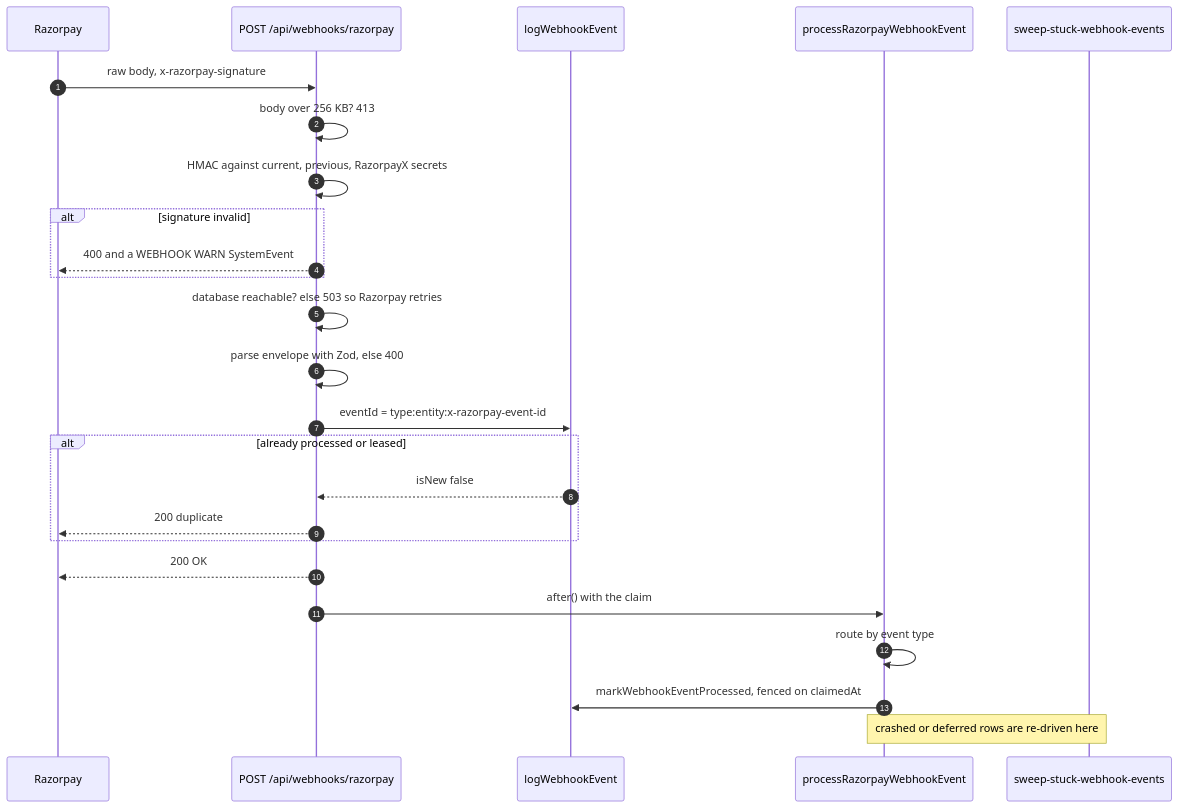
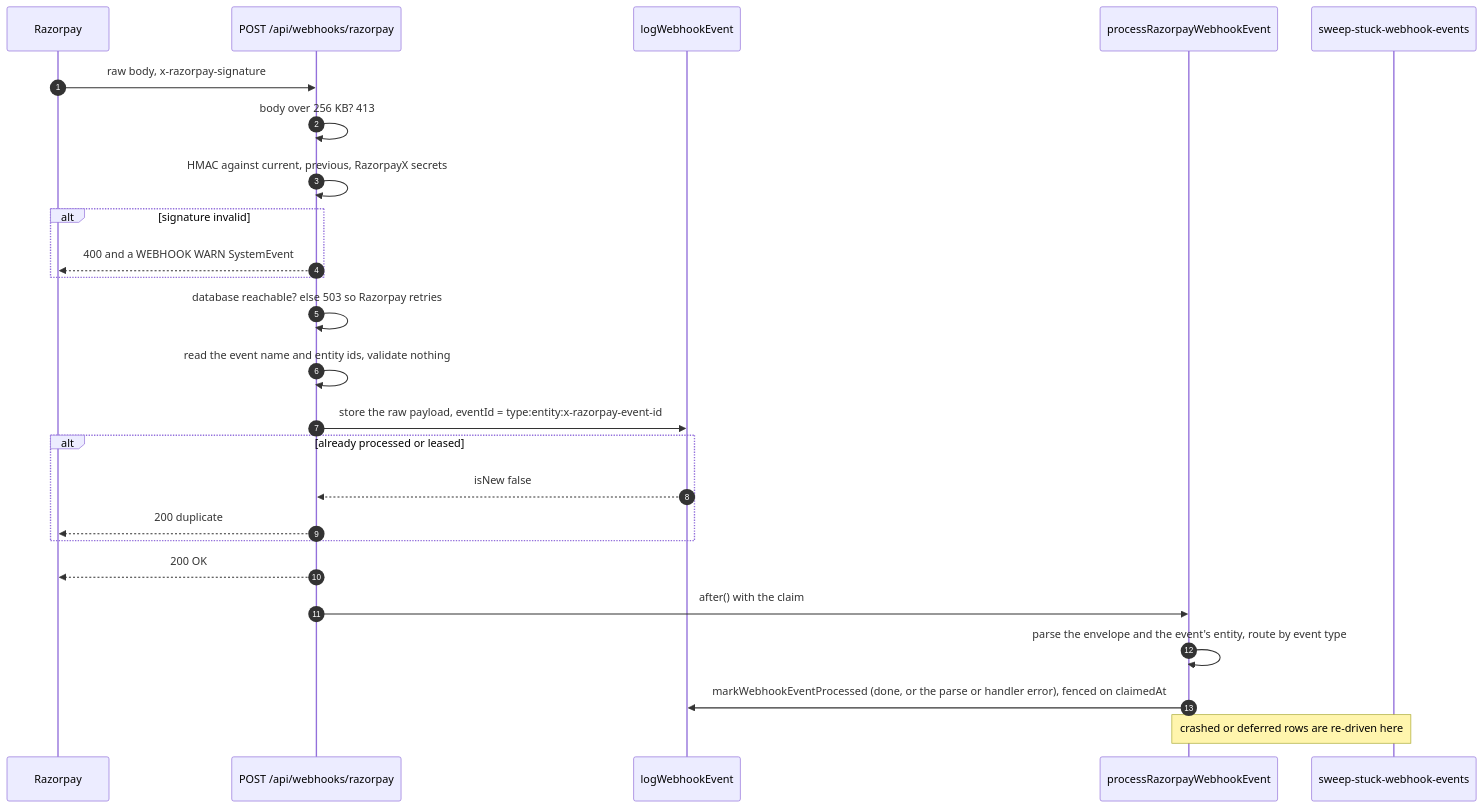
The first of 2 diagrams in docs/finance/10-money-in/02-capture-confirmation-and-webhooks.md (Practitionist/familiarise_web), drawn with Mermaid before and after one commit. The commit also changed other lines of this file and 9 other files, not shown here.

First line of the commit message:
fix(webhooks): a signed Razorpay event is stored and answered 200 before any schema reads it

````diff
--- a/docs/finance/10-money-in/02-capture-confirmation-and-webhooks.md
+++ b/docs/finance/10-money-in/02-capture-confirmation-and-webhooks.md
@@ -43,28 +43,28 @@
 ```mermaid
 sequenceDiagram
   autonumber
   participant RZP as Razorpay
   participant Route as POST /api/webhooks/razorpay
   participant Log as logWebhookEvent
   participant Disp as processRazorpayWebhookEvent
   participant Sweep as sweep-stuck-webhook-events
 
   RZP->>Route: raw body, x-razorpay-signature
   Route->>Route: body over 256 KB? 413
   Route->>Route: HMAC against current, previous, RazorpayX secrets
   alt signature invalid
     Route-->>RZP: 400 and a WEBHOOK WARN SystemEvent
   end
   Route->>Route: database reachable? else 503 so Razorpay retries
-  Route->>Route: parse envelope with Zod, else 400
-  Route->>Log: eventId = type:entity:x-razorpay-event-id
+  Route->>Route: read the event name and entity ids, validate nothing
+  Route->>Log: store the raw payload, eventId = type:entity:x-razorpay-event-id
   alt already processed or leased
     Log-->>Route: isNew false
     Route-->>RZP: 200 duplicate
   end
   Route-->>RZP: 200 OK
   Route->>Disp: after() with the claim
-  Disp->>Disp: route by event type
-  Disp->>Log: markWebhookEventProcessed, fenced on claimedAt
+  Disp->>Disp: parse the envelope and the event's entity, route by event type
+  Disp->>Log: markWebhookEventProcessed (done, or the parse or handler error), fenced on claimedAt
   Note over Sweep,Disp: crashed or deferred rows are re-driven here
 ```
````
